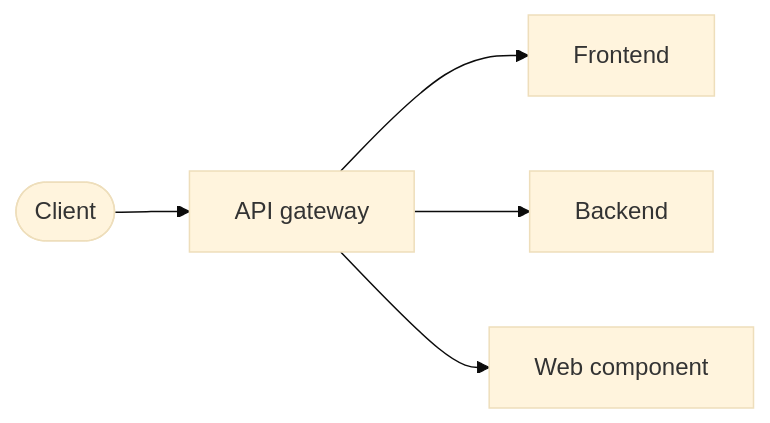
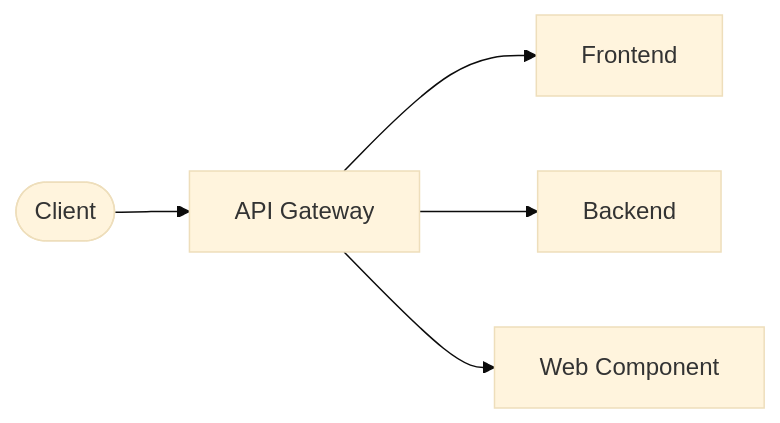
One commit to it-at-m/refarch changed the diagram in docs/overview.md. Above: the diagram before and after it, drawn with Mermaid (base theme). The commit also changed other lines of this file and 8 other files, not shown here.

````diff
--- a/docs/overview.md
+++ b/docs/overview.md
@@ -19,12 +19,12 @@
 ```mermaid
 flowchart LR
     u([Client])
-    g[API gateway]
+    g[API Gateway]
     f[Frontend]
     b[Backend]
-    w[Web component]
+    w[Web Component]
     u --> g
     g --> f
     g --> b
     g --> w
 ```
````
